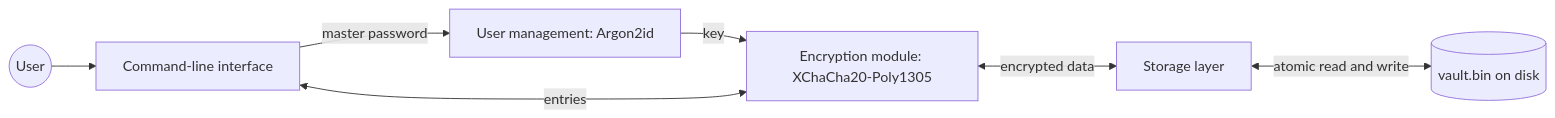
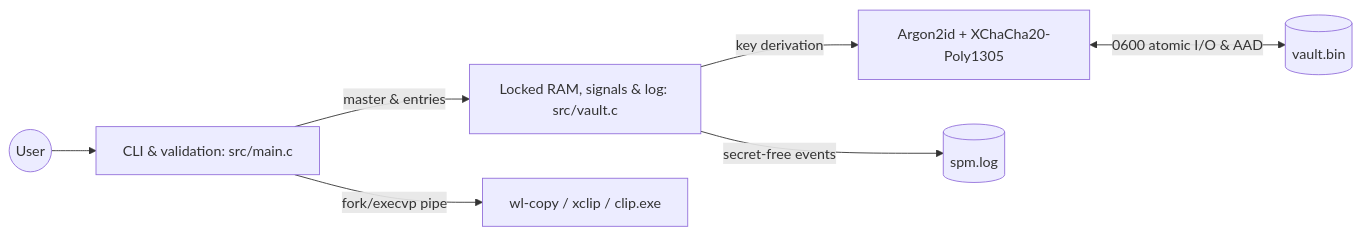
One commit to Aveira-jdk/secureProgramming changed the diagram in README.md. Above: the diagram before and after it, drawn with Mermaid. The commit also changed other lines of this file and 4 other files, not shown here.

````diff
--- a/README.md
+++ b/README.md
@@ -27,9 +47,9 @@
 ```mermaid
 flowchart LR
-    User((User)) --> CLI[Command-line interface]
-    CLI -->|master password| Key[User management: Argon2id]
-    Key -->|key| Crypto[Encryption module: XChaCha20-Poly1305]
-    CLI <-->|entries| Crypto
-    Crypto <-->|encrypted data| Storage[Storage layer]
-    Storage <-->|atomic read and write| Vault[(vault.bin on disk)]
+    User((User)) --> CLI[CLI & validation: src/main.c]
+    CLI -->|master & entries| Sec[Locked RAM, signals & log: src/vault.c]
+    Sec -->|key derivation| KDF[Argon2id + XChaCha20-Poly1305]
+    KDF <-->|0600 atomic I/O & AAD| Vault[(vault.bin)]
+    Sec -->|secret-free events| Log[(spm.log)]
+    CLI -->|fork/execvp pipe| Clip[wl-copy / xclip / clip.exe]
 ```
````
